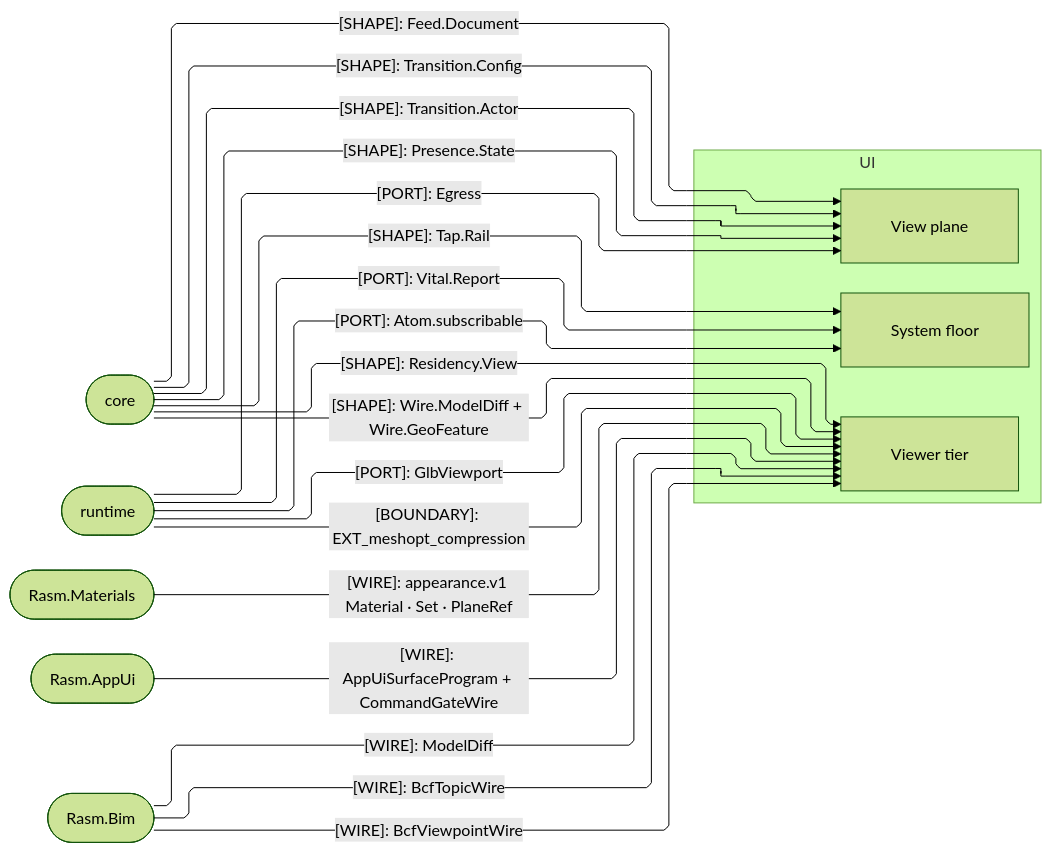
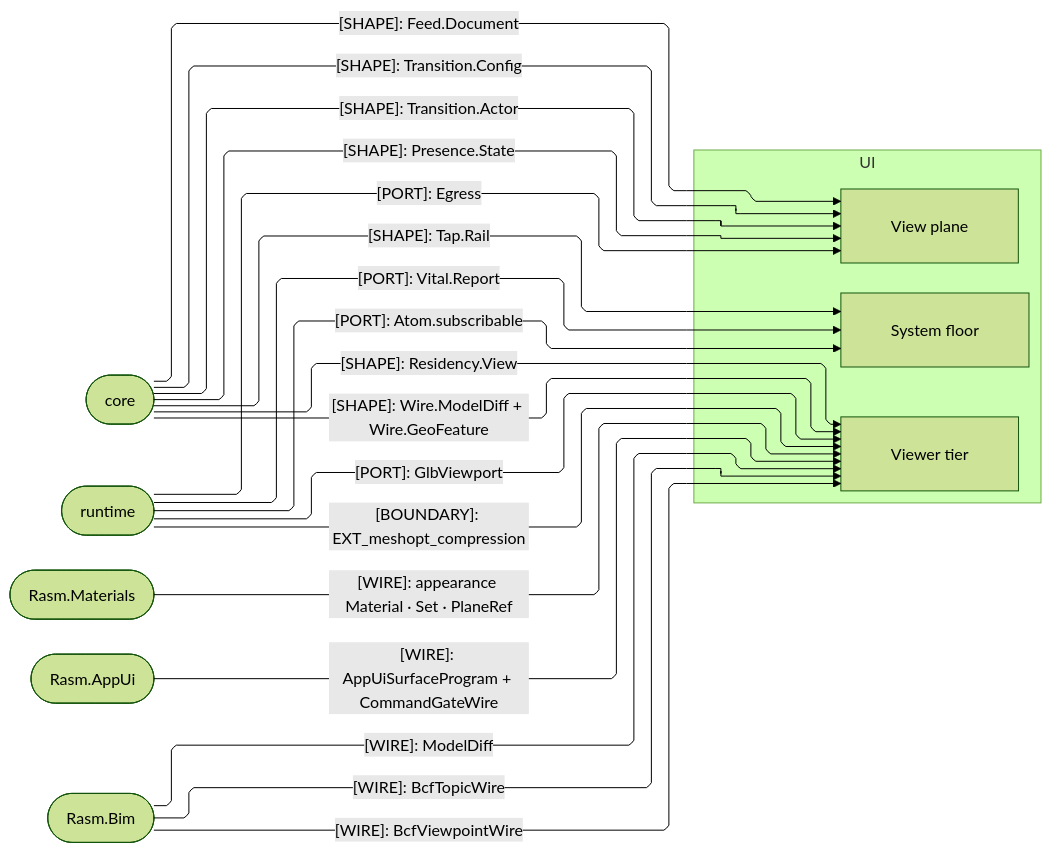
One commit to bsamiee/Rasm changed the second of 3 diagrams in libs/typescript/ui/ARCHITECTURE.md. Above: the diagram before and after it, drawn with Mermaid (forest theme). The commit also changed 640 other files, not shown here.

````diff
--- a/libs/typescript/ui/ARCHITECTURE.md
+++ b/libs/typescript/ui/ARCHITECTURE.md
@@ -103,39 +103,39 @@
 ```mermaid
 ---
 config:
   layout: elk
   flowchart:
     curve: linear
     padding: 25
 ---
 flowchart LR
     accTitle: UI package seam registry
     accDescr: Which value, wire, port, and receipt contracts cross between the ui owners and their core, runtime, and C# counterparts.
     subgraph ui[UI]
         System[System floor]
         View[View plane]
         Viewer[Viewer tier]
     end
     Core([core])
     Runtime([runtime])
     Materials([Rasm.Materials])
     AppUi([Rasm.AppUi])
     Bim([Rasm.Bim])
     Core e1@-->|"[SHAPE]: Feed.Document"| View
     Core e2@-->|"[SHAPE]: Transition.Config"| View
     Core e3@-->|"[SHAPE]: Transition.Actor"| View
     Core e4@-->|"[SHAPE]: Presence.State"| View
     Core e5@-->|"[SHAPE]: Residency.View"| Viewer
     Core e6@-->|"[SHAPE]: Wire.ModelDiff + Wire.GeoFeature"| Viewer
     Core e7@-->|"[SHAPE]: Tap.Rail"| System
     Runtime e8@-->|"[PORT]: Atom.subscribable"| System
     Runtime e9@-->|"[PORT]: GlbViewport"| Viewer
     Runtime e10@-->|"[PORT]: Vital.Report"| System
     Runtime e11@-->|"[BOUNDARY]: EXT_meshopt_compression"| Viewer
     Runtime e12@-->|"[PORT]: Egress"| View
-    Materials e13@-->|"[WIRE]: appearance.v1 Material · Set · PlaneRef"| Viewer
+    Materials e13@-->|"[WIRE]: appearance Material · Set · PlaneRef"| Viewer
     AppUi e14@-->|"[WIRE]: AppUiSurfaceProgram + CommandGateWire"| Viewer
     Bim e15@-->|"[WIRE]: BcfTopicWire"| Viewer
     Bim e16@-->|"[WIRE]: BcfViewpointWire"| Viewer
     Bim e17@-->|"[WIRE]: ModelDiff"| Viewer
 ```
````
